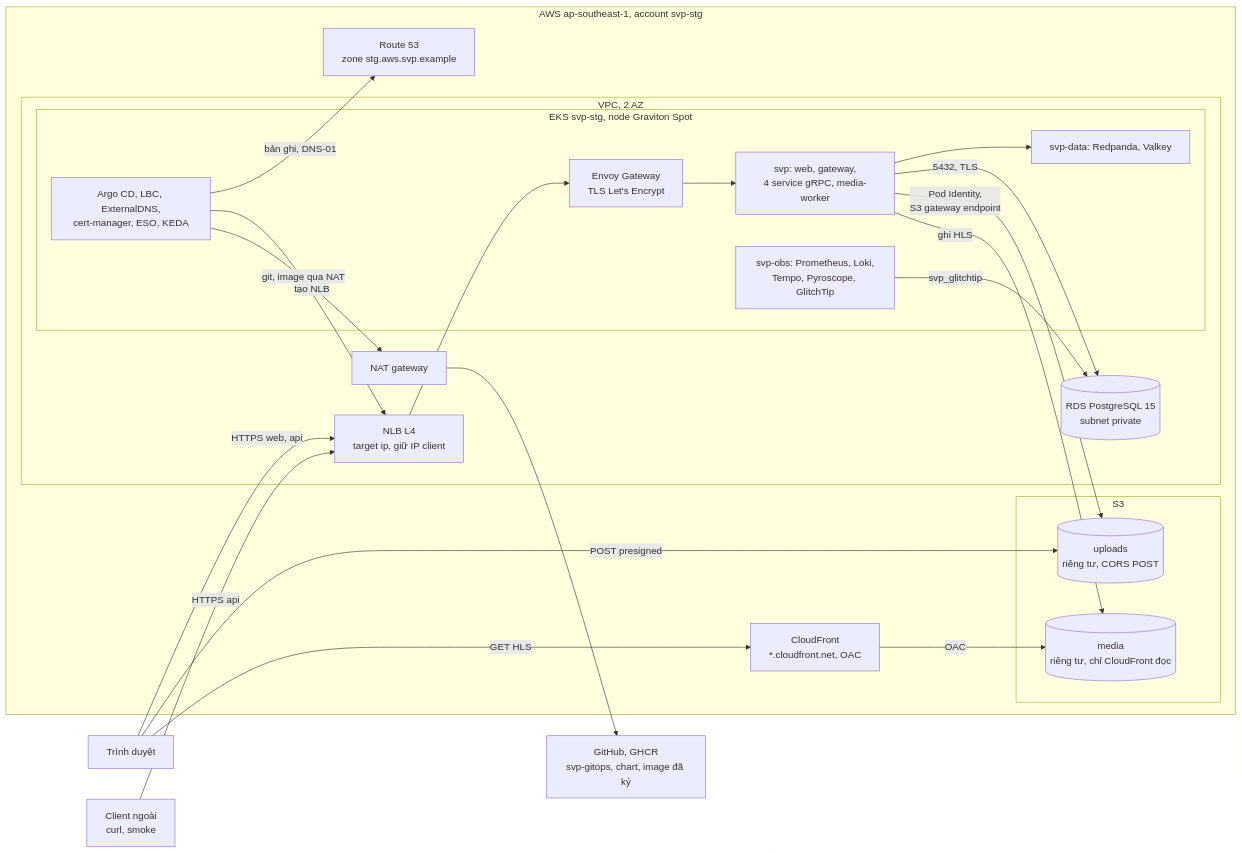
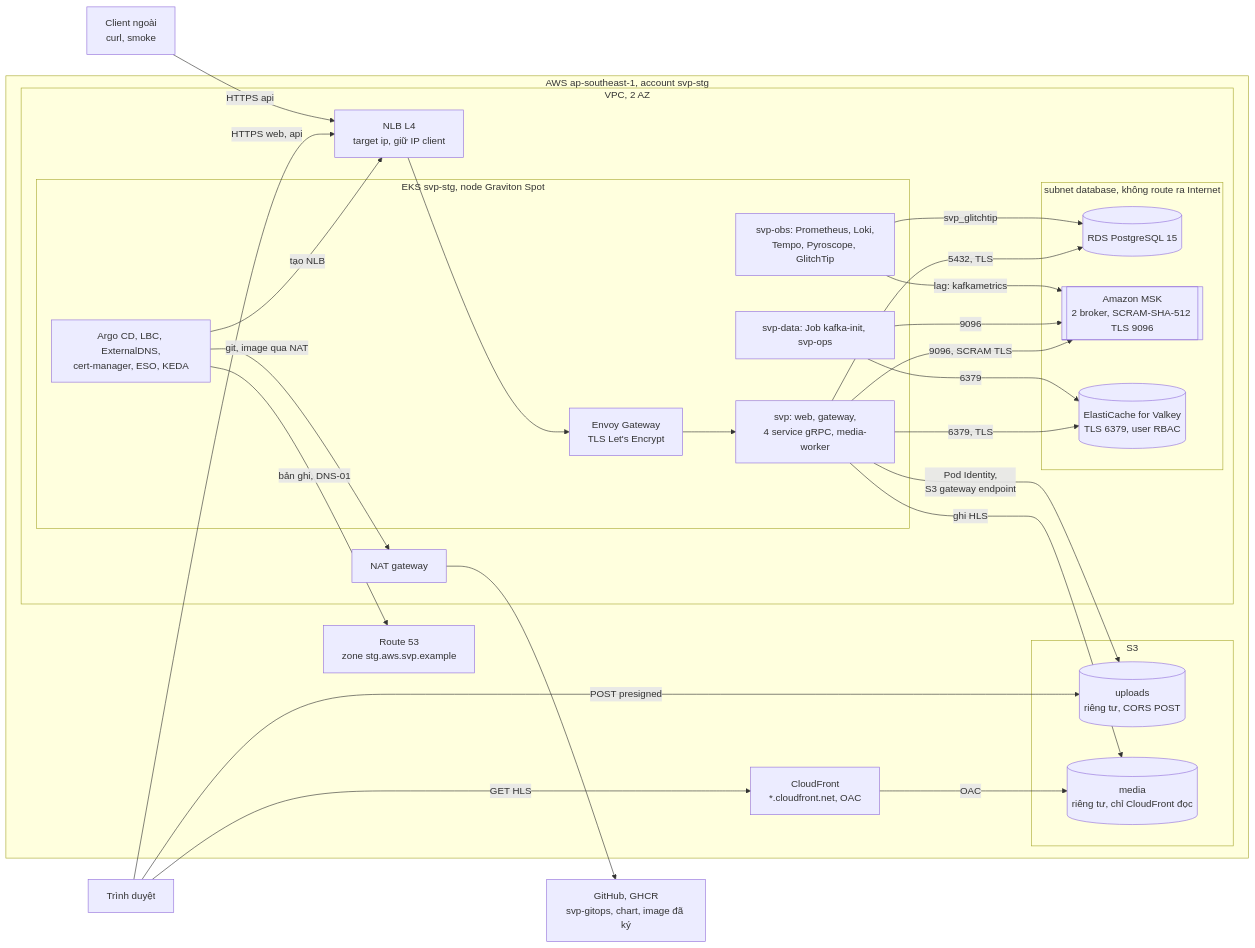
The second of 2 diagrams in docs/explanation/deployment.md (anhnvcoder/svp-backend), drawn with Mermaid before and after one commit. The commit also changed other lines of this file and 165 other files, not shown here.

First line of the commit message:
feat: Kafka trên Amazon MSK, Valkey trên ElastiCache; local cùng engine Apache Kafka và Valkey (#122)

````diff
--- a/docs/explanation/deployment.md
+++ b/docs/explanation/deployment.md
@@ -495,42 +527,50 @@
 ```mermaid
 flowchart LR
     browser["Trình duyệt"]
     client["Client ngoài<br/>curl, smoke"]
     gh["GitHub, GHCR<br/>svp-gitops, chart, image đã ký"]
     subgraph aws["AWS ap-southeast-1, account svp-stg"]
         r53["Route 53<br/>zone stg.aws.svp.example"]
         cf["CloudFront<br/>*.cloudfront.net, OAC"]
         subgraph s3["S3"]
             up[("uploads<br/>riêng tư, CORS POST")]
             media[("media<br/>riêng tư, chỉ CloudFront đọc")]
         end
         subgraph vpc["VPC, 2 AZ"]
             nlb["NLB L4<br/>target ip, giữ IP client"]
             nat["NAT gateway"]
-            rds[("RDS PostgreSQL 15<br/>subnet private")]
+            subgraph dbnet["subnet database, không route ra Internet"]
+                rds[("RDS PostgreSQL 15")]
+                msk[["Amazon MSK<br/>2 broker, SCRAM-SHA-512 TLS 9096"]]
+                ec[("ElastiCache for Valkey<br/>TLS 6379, user RBAC")]
+            end
             subgraph eks["EKS svp-stg, node Graviton Spot"]
                 envoy["Envoy Gateway<br/>TLS Let's Encrypt"]
                 app["svp: web, gateway,<br/>4 service gRPC, media-worker"]
-                data["svp-data: Redpanda, Valkey"]
+                data["svp-data: Job kafka-init, svp-ops"]
                 obs["svp-obs: Prometheus, Loki,<br/>Tempo, Pyroscope, GlitchTip"]
                 ctl["Argo CD, LBC, ExternalDNS,<br/>cert-manager, ESO, KEDA"]
             end
         end
     end
     browser -->|"HTTPS web, api"| nlb
     client -->|"HTTPS api"| nlb
     nlb --> envoy
     envoy --> app
-    app --> data
+    app -->|"9096, SCRAM TLS"| msk
+    app -->|"6379, TLS"| ec
+    data -->|"9096"| msk
+    data -->|"6379"| ec
     app -->|"5432, TLS"| rds
     obs -->|"svp_glitchtip"| rds
+    obs -->|"lag: kafkametrics"| msk
     app -->|"Pod Identity,<br/>S3 gateway endpoint"| up
     app -->|"ghi HLS"| media
     browser -->|"POST presigned"| up
     browser -->|"GET HLS"| cf
     cf -->|"OAC"| media
     ctl -->|"bản ghi, DNS-01"| r53
     ctl -->|"tạo NLB"| nlb
     ctl -->|"git, image qua NAT"| nat
     nat --> gh
 ```
````
